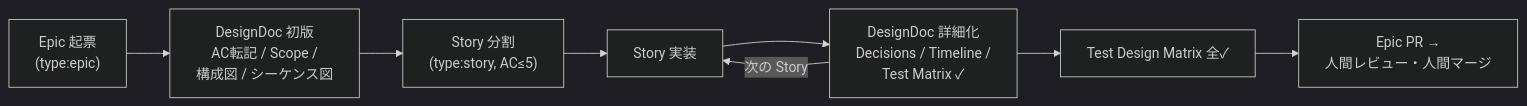
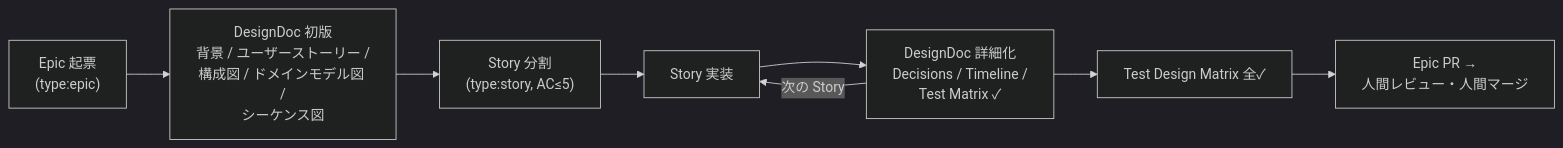
Before and after one commit to etoyama/repo-template: the second of 2 diagrams in docs/WORKFLOW.md, drawn with Mermaid (dark theme). The commit also changed other lines of this file and 14 other files, not shown here.

````diff
--- a/docs/WORKFLOW.md
+++ b/docs/WORKFLOW.md
@@ -60,10 +68,10 @@
 ```mermaid
 flowchart LR
-    A["Epic 起票<br/>(type:epic)"] --> B["DesignDoc 初版<br/>AC転記 / Scope /<br/>構成図 / シーケンス図"]
+    A["Epic 起票<br/>(type:epic)"] --> B["DesignDoc 初版<br/>背景 / ユーザーストーリー /<br/>構成図 / ドメインモデル図 /<br/>シーケンス図"]
     B --> C["Story 分割<br/>(type:story, AC≤5)"]
     C --> D["Story 実装"]
     D --> E["DesignDoc 詳細化<br/>Decisions / Timeline /<br/>Test Matrix ✓"]
     E -->|次の Story| D
     E --> F["Test Design Matrix 全✓"]
     F --> G["Epic PR →<br/>人間レビュー・人間マージ"]
 ```
````
